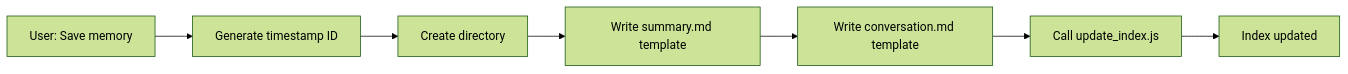
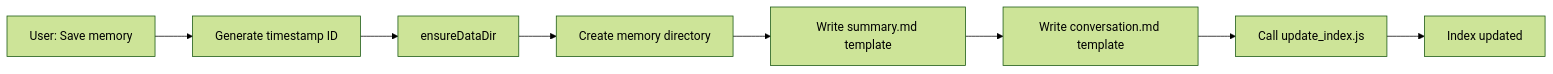
Before and after one commit to imjszhang/conversation-memory-skill: the third of 4 diagrams in docs/technical-deep-dive.md, drawn with Mermaid (forest theme). The commit also changed other lines of this file and 5 other files, not shown here.

````diff
--- a/docs/technical-deep-dive.md
+++ b/docs/technical-deep-dive.md
@@ -251,9 +350,10 @@
 ```mermaid
 flowchart LR
     A[User: Save memory] --> B[Generate timestamp ID]
-    B --> C[Create directory]
-    C --> D[Write summary.md template]
-    D --> E[Write conversation.md template]
-    E --> F[Call update_index.js]
-    F --> G[Index updated]
+    B --> C[ensureDataDir]
+    C --> D[Create memory directory]
+    D --> E[Write summary.md template]
+    E --> F[Write conversation.md template]
+    F --> G[Call update_index.js]
+    G --> H[Index updated]
 ```
````
